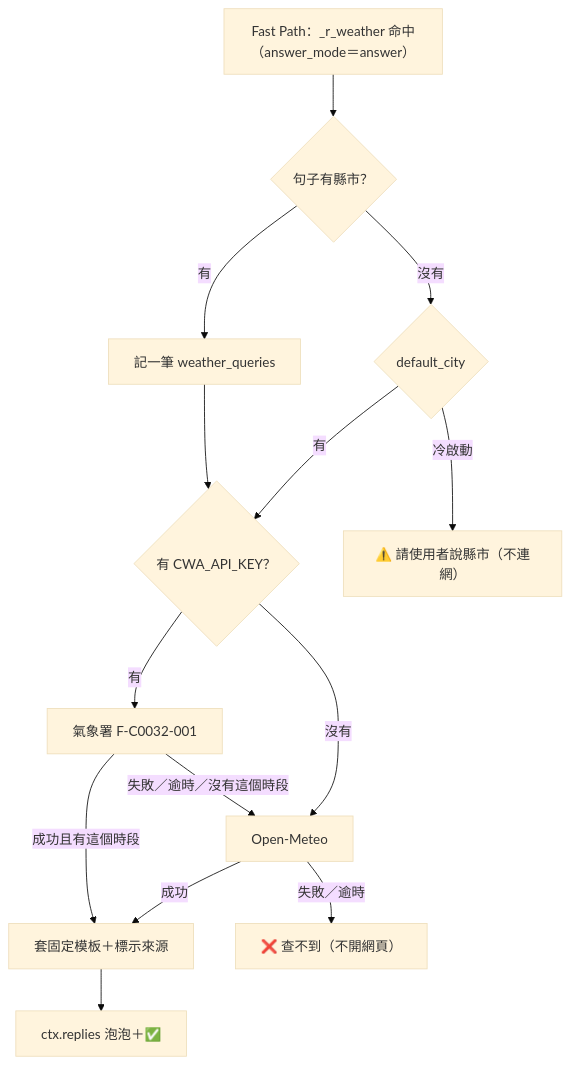
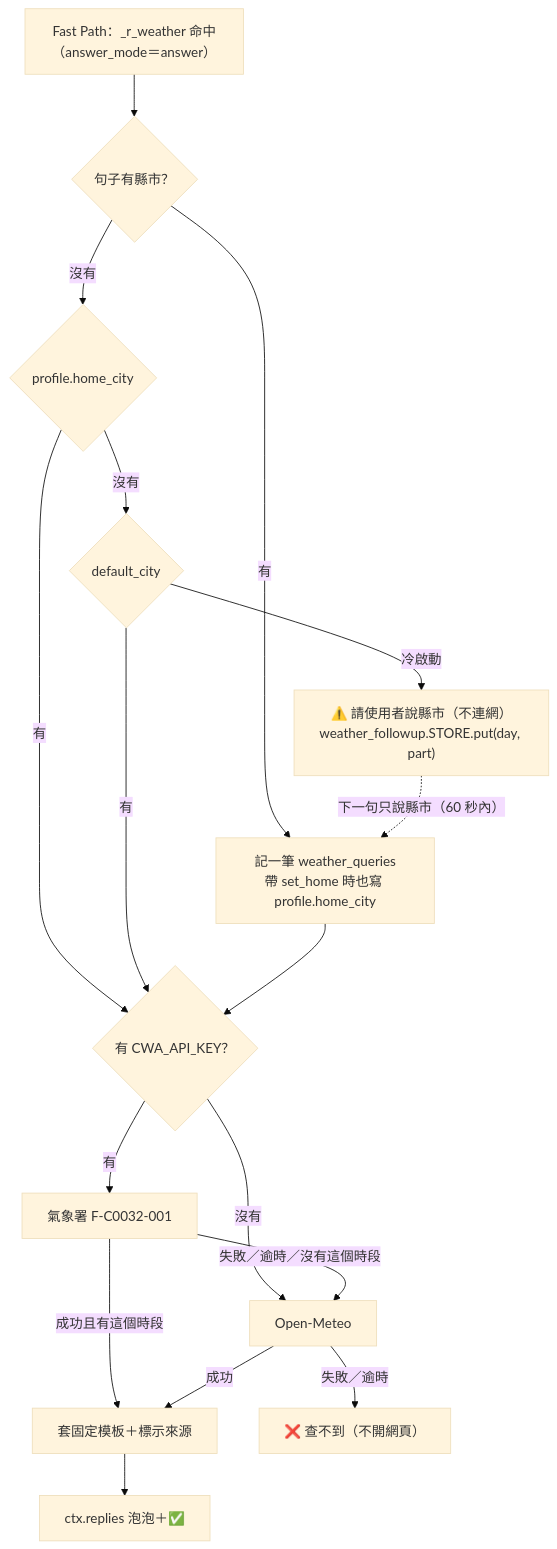
One commit to young878787/mac_ai_control changed the third of 5 diagrams in docs/flows/main-flow.md. Above: the diagram before and after it, drawn with Mermaid (base theme). The commit also changed other lines of this file and 11 other files, not shown here.

````diff
--- a/docs/flows/main-flow.md
+++ b/docs/flows/main-flow.md
@@ -140,16 +142,19 @@
 ```mermaid
 flowchart TD
     M["Fast Path：_r_weather 命中（answer_mode＝answer）"] --> C{句子有縣市？}
-    C -- 有 --> R[記一筆 weather_queries]
-    C -- 沒有 --> D{default_city}
+    C -- 有 --> R["記一筆 weather_queries<br/>帶 set_home 時也寫 profile.home_city"]
+    C -- 沒有 --> H{"profile.home_city"}
+    H -- 有 --> L
+    H -- 沒有 --> D{default_city}
     D -- 有 --> L
-    D -- 冷啟動 --> W["⚠️ 請使用者說縣市（不連網）"]
+    D -- 冷啟動 --> W["⚠️ 請使用者說縣市（不連網）<br/>weather_followup.STORE.put(day, part)"]
+    W -. 下一句只說縣市（60 秒內） .-> R
     R --> L{有 CWA_API_KEY？}
     L -- 有 --> G[氣象署 F-C0032-001]
     L -- 沒有 --> O
     G -- 成功且有這個時段 --> T[套固定模板＋標示來源]
     G -- 失敗／逾時／沒有這個時段 --> O[Open-Meteo]
     O -- 成功 --> T
     O -- 失敗／逾時 --> E["❌ 查不到（不開網頁）"]
     T --> P["ctx.replies 泡泡＋✅"]
 ```
````
